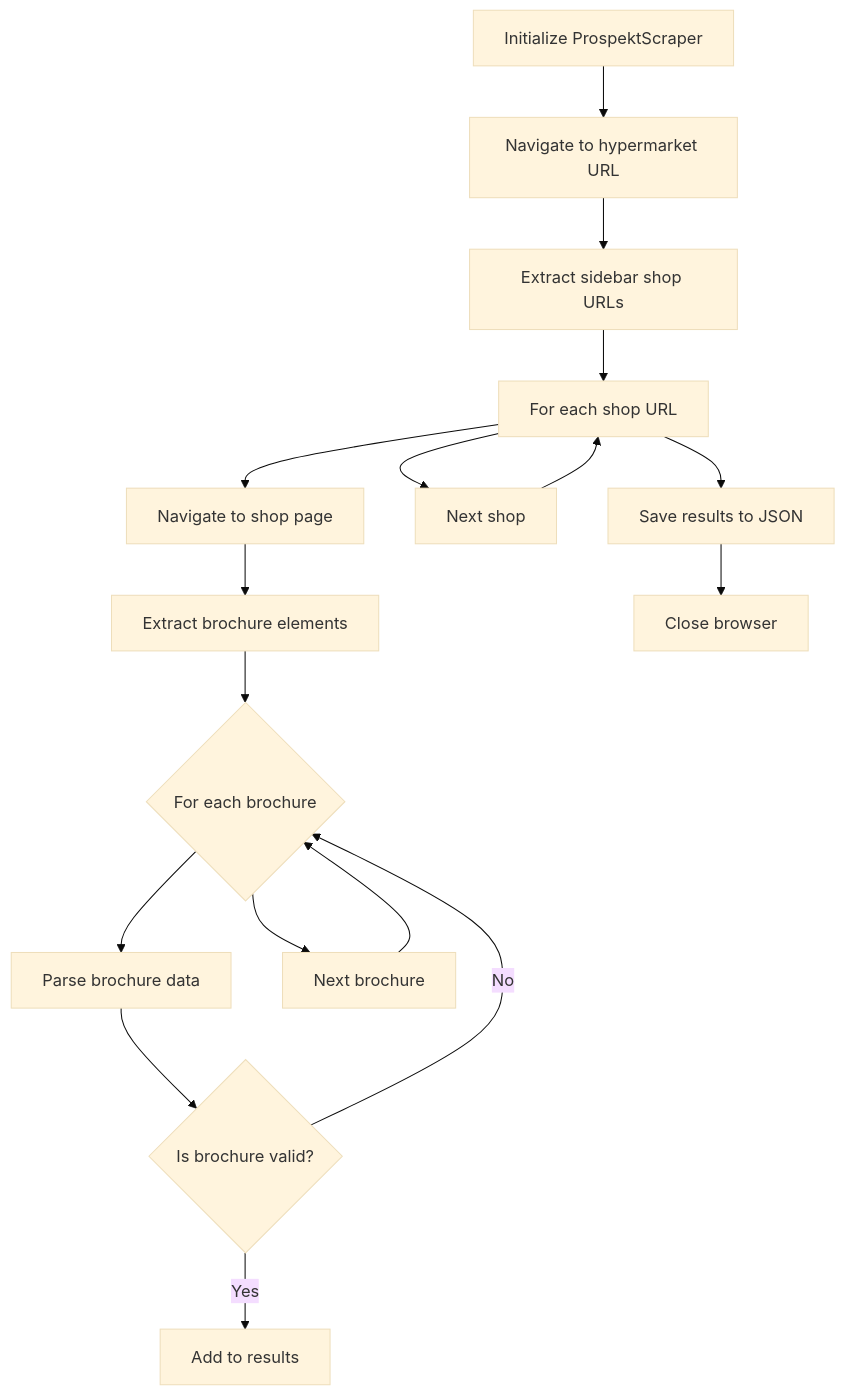
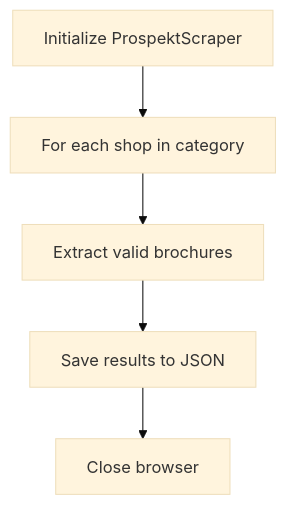
The diagram in README.md (xsporina/prospekt_scraper), drawn with Mermaid (base theme) before and after one commit.

````diff
--- a/README.md
+++ b/README.md
@@ -13,19 +13,7 @@
 ```mermaid
 graph TD;
-    A[Initialize ProspektScraper] --> B[Navigate to hypermarket URL]
-    B --> C[Extract sidebar shop URLs]
-    C --> D[For each shop URL]
-    D --> E[Navigate to shop page]
-    E --> F[Extract brochure elements]
-    F --> G{For each brochure}
-    G --> H[Parse brochure data]
-    H --> I{Is brochure valid?}
-    I -- Yes --> J[Add to results]
-    I -- No --> G
-    G --> K[Next brochure]
-    K --> G
-    D --> L[Next shop]
-    L --> D
-    D --> M[Save results to JSON]
-    M --> N[Close browser]
+    A[Initialize ProspektScraper] --> B[For each shop in category]
+    B --> C[Extract valid brochures]
+    C --> D[Save results to JSON]
+    D --> E[Close browser]
 ```
````
